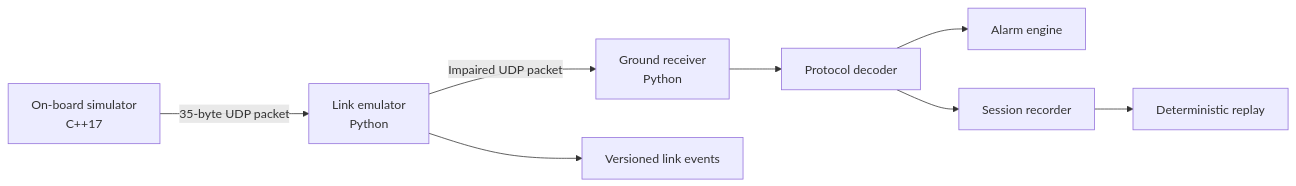
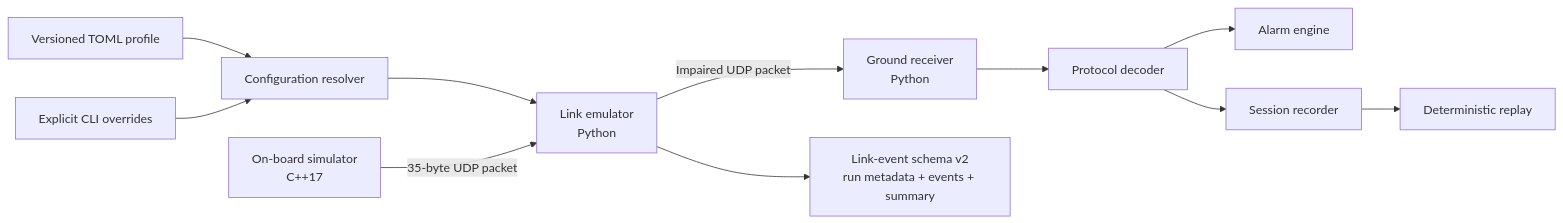
Before and after one commit to DavCalo/OrbitOps: the diagram in docs/architecture.md, drawn with Mermaid. The commit also changed other lines of this file and 23 other files, not shown here.

Commit message:
feat: add profile run metadata and demo

````diff
--- a/docs/architecture.md
+++ b/docs/architecture.md
@@ -5,10 +5,17 @@
 ```mermaid
 flowchart LR
-    SIM[On-board simulator\nC++17] -->|35-byte UDP packet| LINK[Link emulator\nPython]
-    LINK -->|Impaired UDP packet| RX[Ground receiver\nPython]
-    LINK --> EVT[Versioned link events]
+    PROF[Versioned TOML profile] --> RES[Configuration resolver]
+    CLI[Explicit CLI overrides] --> RES
+    RES --> LINK[Link emulator
+Python]
+    SIM[On-board simulator
+C++17] -->|35-byte UDP packet| LINK
+    LINK -->|Impaired UDP packet| RX[Ground receiver
+Python]
+    LINK --> EVT[Link-event schema v2
+run metadata + events + summary]
     RX --> DEC[Protocol decoder]
     DEC --> ALM[Alarm engine]
     DEC --> REC[Session recorder]
     REC --> REP[Deterministic replay]
 ```
````
